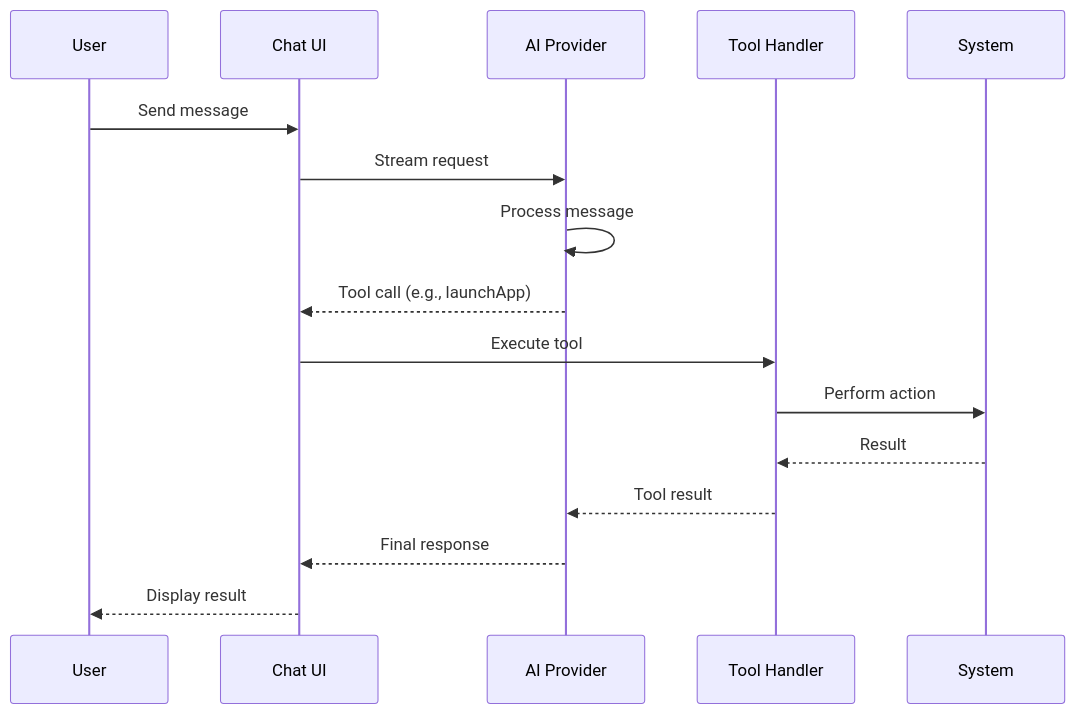
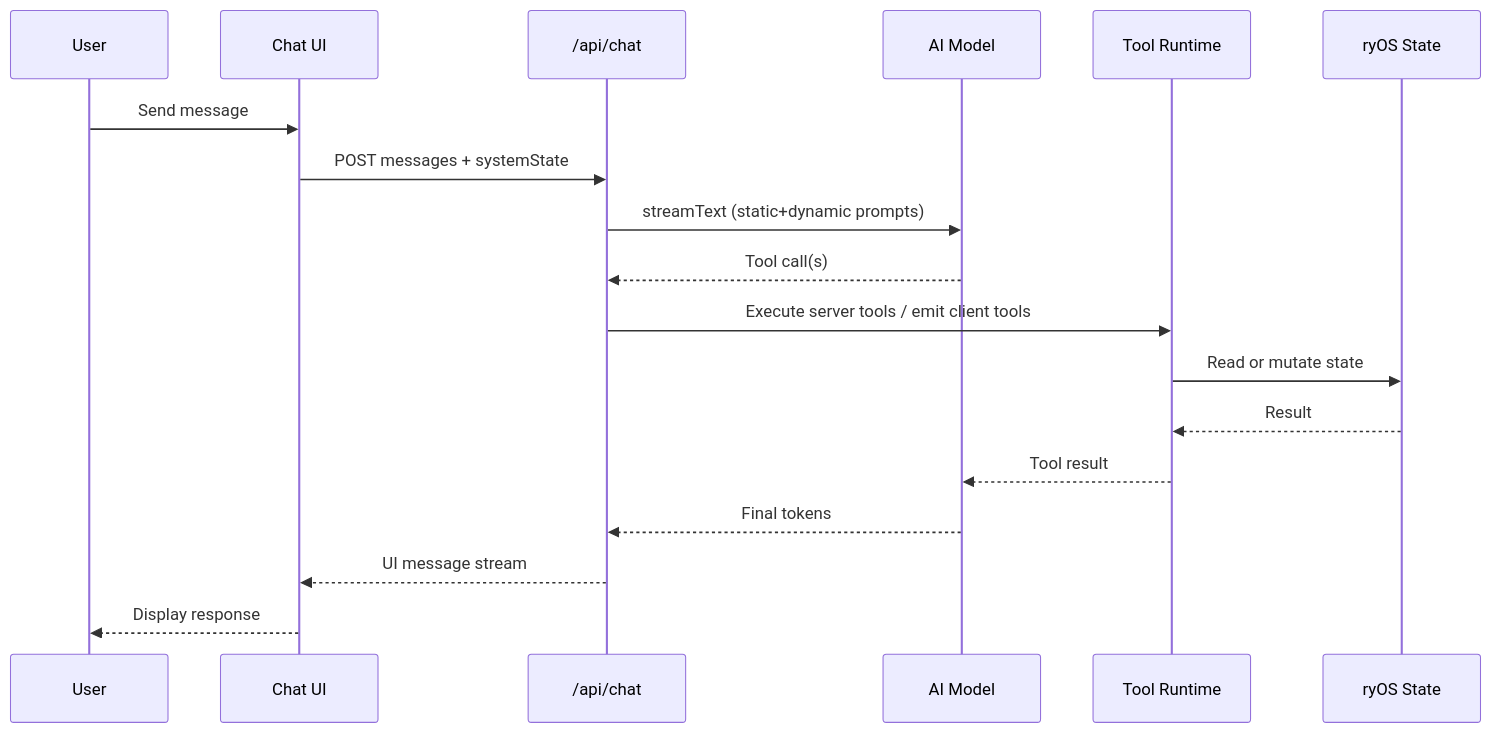
Before and after one commit to ryokun6/ryos: the second of 3 diagrams in docs/4-ai-system.md, drawn with Mermaid. The commit also changed other lines of this file, not shown here.

Commit message:
docs: refresh AI system architecture and memory pipeline

````diff
--- a/docs/4-ai-system.md
+++ b/docs/4-ai-system.md
@@ -59,19 +72,21 @@
 ```mermaid
 sequenceDiagram
     participant U as User
     participant C as Chat UI
-    participant A as AI Provider
-    participant T as Tool Handler
-    participant S as System
+    participant API as /api/chat
+    participant M as AI Model
+    participant T as Tool Runtime
+    participant S as ryOS State
 
     U->>C: Send message
-    C->>A: Stream request
-    A->>A: Process message
-    A-->>C: Tool call (e.g., launchApp)
-    C->>T: Execute tool
-    T->>S: Perform action
+    C->>API: POST messages + systemState
+    API->>M: streamText (static+dynamic prompts)
+    M-->>API: Tool call(s)
+    API->>T: Execute server tools / emit client tools
+    T->>S: Read or mutate state
     S-->>T: Result
-    T-->>A: Tool result
-    A-->>C: Final response
-    C-->>U: Display result
+    T-->>M: Tool result
+    M-->>API: Final tokens
+    API-->>C: UI message stream
+    C-->>U: Display response
 ```
````
